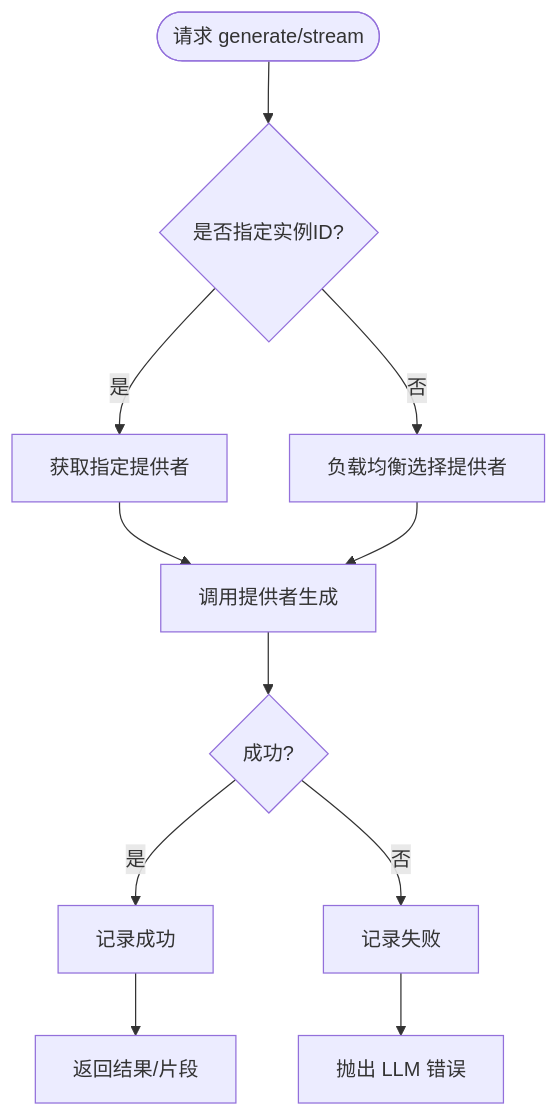
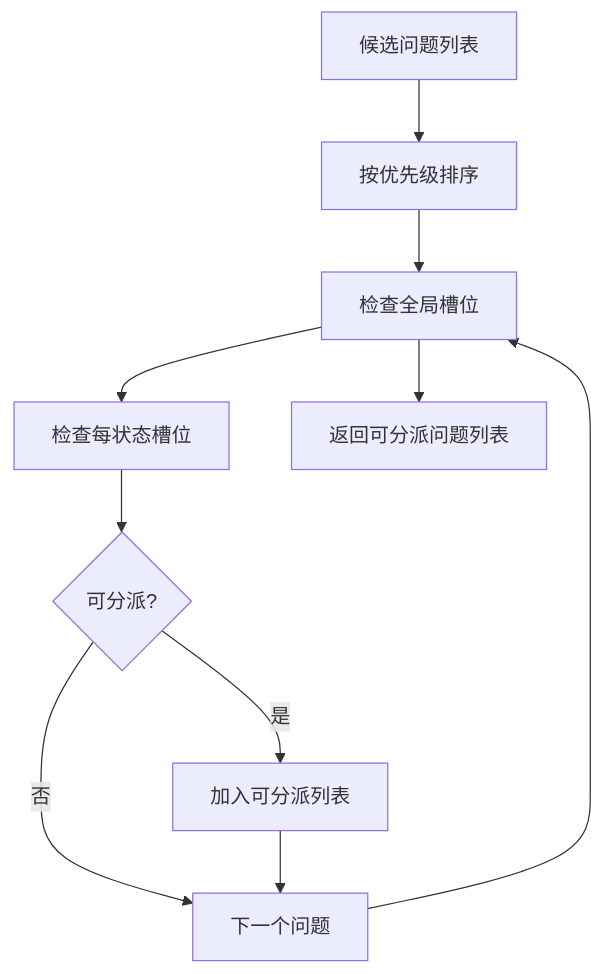
Before and after one commit to xinetzone/tao: the fifth of 6 diagrams in .qoder/repowiki/zh/content/多智能体系统/多智能体系统.md, drawn with Mermaid. The commit also changed other lines of this file and 5 other files, not shown here.

````diff
--- a/.qoder/repowiki/zh/content/多智能体系统/多智能体系统.md
+++ b/.qoder/repowiki/zh/content/多智能体系统/多智能体系统.md
@@ -233,13 +230,12 @@
 ```mermaid
 flowchart TD
-Start(["请求 generate/stream"]) --> CheckID{"是否指定实例ID?"}
-CheckID -- 是 --> GetProv["获取指定提供者"]
-CheckID -- 否 --> Select["负载均衡选择提供者"]
-GetProv --> Call["调用提供者生成"]
-Select --> Call
-Call --> Ok{"成功?"}
-Ok -- 是 --> RecordOK["记录成功"]
-Ok -- 否 --> RecordFail["记录失败"]
-RecordOK --> Return["返回结果/片段"]
-RecordFail --> Raise["抛出 LLM 错误"]
+Start["候选问题列表"] --> Sort["按优先级排序"]
+Sort --> CheckSlots["检查全局槽位"]
+CheckSlots --> StateCheck["检查每状态槽位"]
+StateCheck --> Dispatchable{"可分派?"}
+Dispatchable --> |是| AddToList["加入可分派列表"]
+Dispatchable --> |否| NextIssue["下一个问题"]
+AddToList --> NextIssue
+NextIssue --> CheckSlots
+CheckSlots --> End["返回可分派问题列表"]
 ```
````
